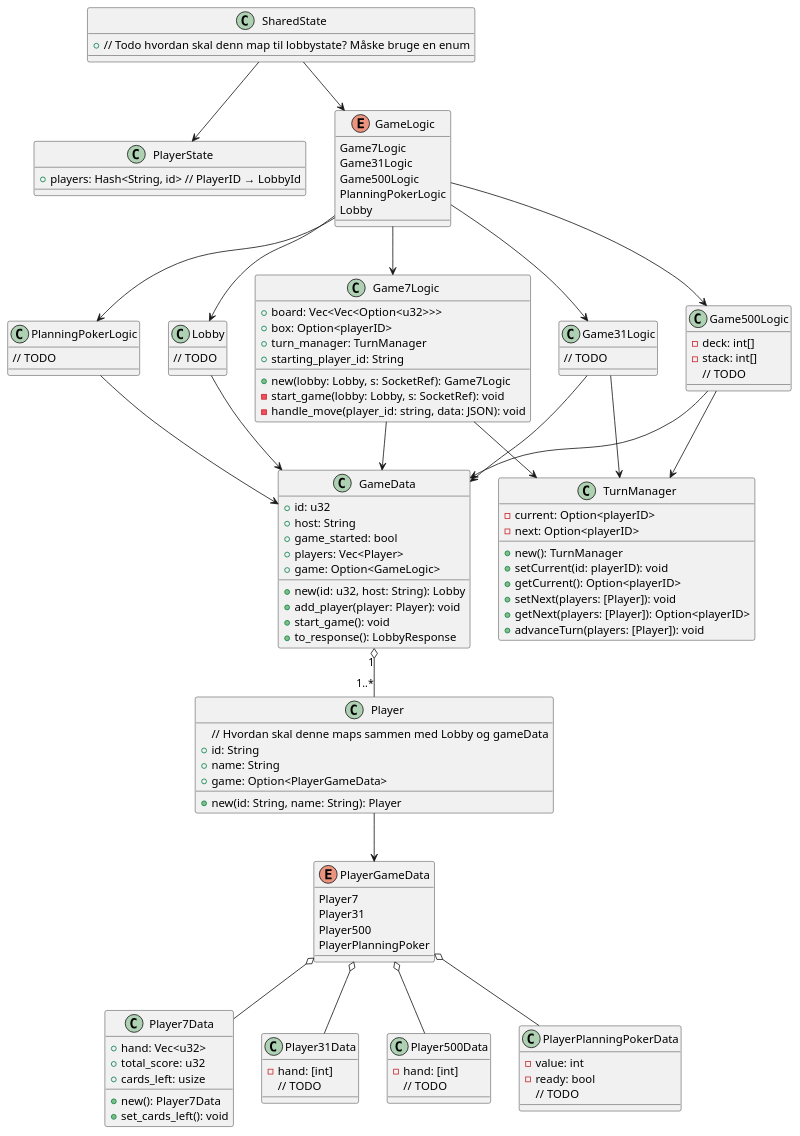
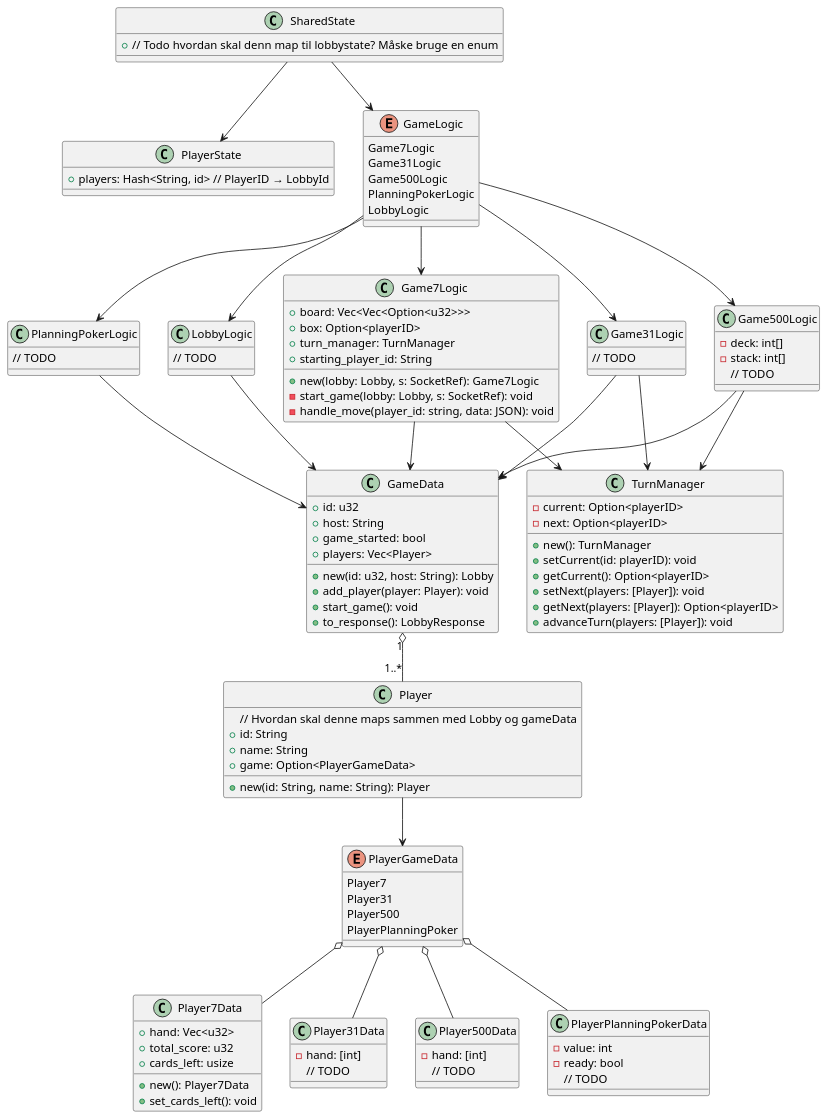
Before and after one commit to ChristianSteen-SW23/Card-Games: the diagram in #Doc/uml/socketClassRust.puml, drawn with PlantUML. The commit also changed 23 other files, not shown here.

```diff
--- a/#Doc/uml/socketClassRust.puml
+++ b/#Doc/uml/socketClassRust.puml
@@ -1,142 +1,141 @@
 @startuml socketClassRust
 
 
 class SharedState{
     + // Todo hvordan skal denn map til lobbystate? Måske bruge en enum
 }
 
 class PlayerState{
     + players: Hash<String, id> // PlayerID → LobbyId
 }
 
 class GameData {
     + id: u32
     + host: String
     + game_started: bool
     + players: Vec<Player>
-    + game: Option<GameLogic>
     + new(id: u32, host: String): Lobby
     + add_player(player: Player): void
     + start_game(): void
     + to_response(): LobbyResponse
 }
 
 class Player {
     // Hvordan skal denne maps sammen med Lobby og gameData
     + id: String
     + name: String
     + game: Option<PlayerGameData>
     + new(id: String, name: String): Player
 }
 
 
 enum GameLogic {
     Game7Logic
     Game31Logic
     Game500Logic
     PlanningPokerLogic
-    Lobby
+    LobbyLogic
 }
 
 class Game7Logic {
     + board: Vec<Vec<Option<u32>>>
     + box: Option<playerID>
     + turn_manager: TurnManager
     + starting_player_id: String
     + new(lobby: Lobby, s: SocketRef): Game7Logic
     - start_game(lobby: Lobby, s: SocketRef): void
     - handle_move(player_id: string, data: JSON): void
 }
 
 class Game31Logic {
     // TODO
 }
 
-class Lobby {
+class LobbyLogic {
     // TODO
 }
 
 class Game500Logic {
     - deck: int[]
     - stack: int[]
     // TODO
 }
 
 class PlanningPokerLogic {
     // TODO
 }
 
 
 class TurnManager {
     - current: Option<playerID>
     - next: Option<playerID>
     + new(): TurnManager
     + setCurrent(id: playerID): void
     + getCurrent(): Option<playerID>
     + setNext(players: [Player]): void
     + getNext(players: [Player]): Option<playerID>
     + advanceTurn(players: [Player]): void
 }
 
 
 enum PlayerGameData {
     Player7
     Player31
     Player500
     PlayerPlanningPoker
 }
 
 class Player7Data {
     + hand: Vec<u32>
     + total_score: u32
     + cards_left: usize
     + new(): Player7Data
     + set_cards_left(): void
 }
 
 class Player31Data {
     - hand: [int]
     // TODO
 }
 
 class Player500Data {
     - hand: [int]
     // TODO
 }
 
 class PlayerPlanningPokerData {
     - value: int
     - ready: bool
     // TODO
 }
 
 
 SharedState --> PlayerState
 
 Game7Logic --> GameData
 Game500Logic --> GameData
 Game31Logic --> GameData
 PlanningPokerLogic --> GameData
-Lobby --> GameData
+LobbyLogic --> GameData
 
 GameLogic --> Game7Logic
 GameLogic --> Game31Logic
 GameLogic --> Game500Logic
 GameLogic --> PlanningPokerLogic
-GameLogic --> Lobby
+GameLogic --> LobbyLogic
 
 SharedState --> GameLogic
 
 Game7Logic --> TurnManager
 Game31Logic --> TurnManager
 Game500Logic --> TurnManager
 
 Player --> PlayerGameData
 PlayerGameData o-- Player7Data
 PlayerGameData o-- Player31Data
 PlayerGameData o-- Player500Data
 PlayerGameData o-- PlayerPlanningPokerData
 
 GameData "1" o-- "1..*" Player
 
 @enduml
```
